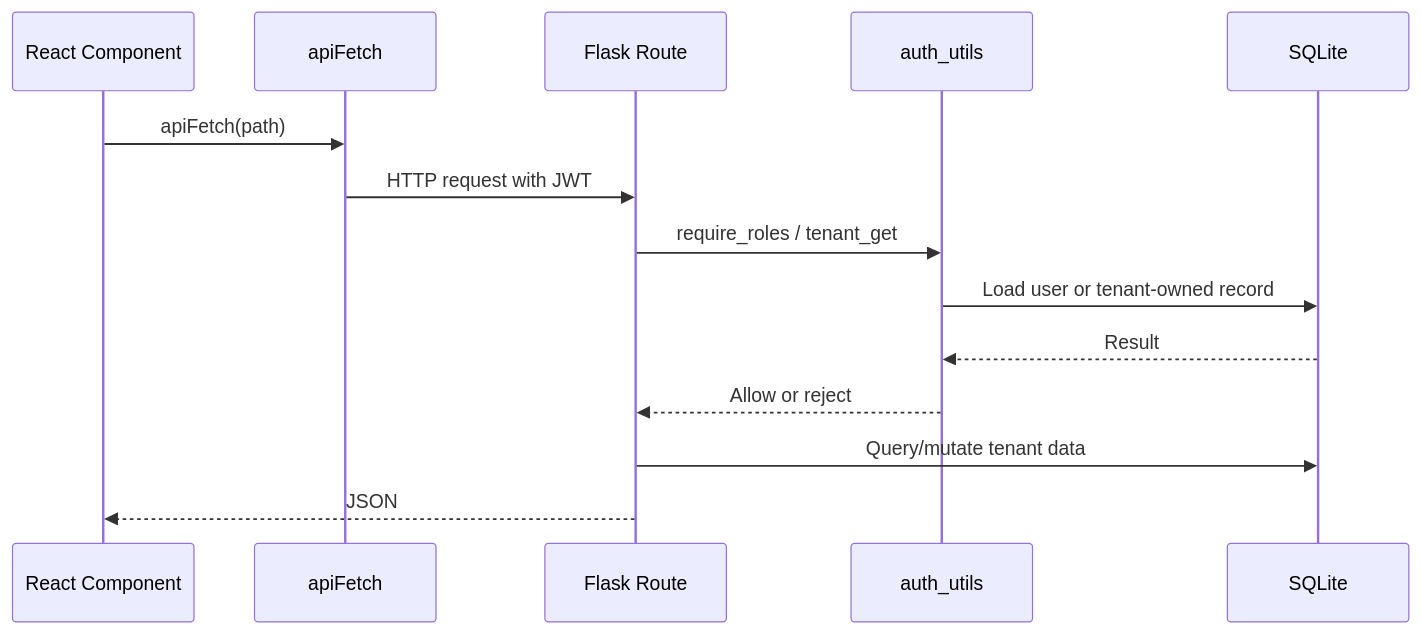
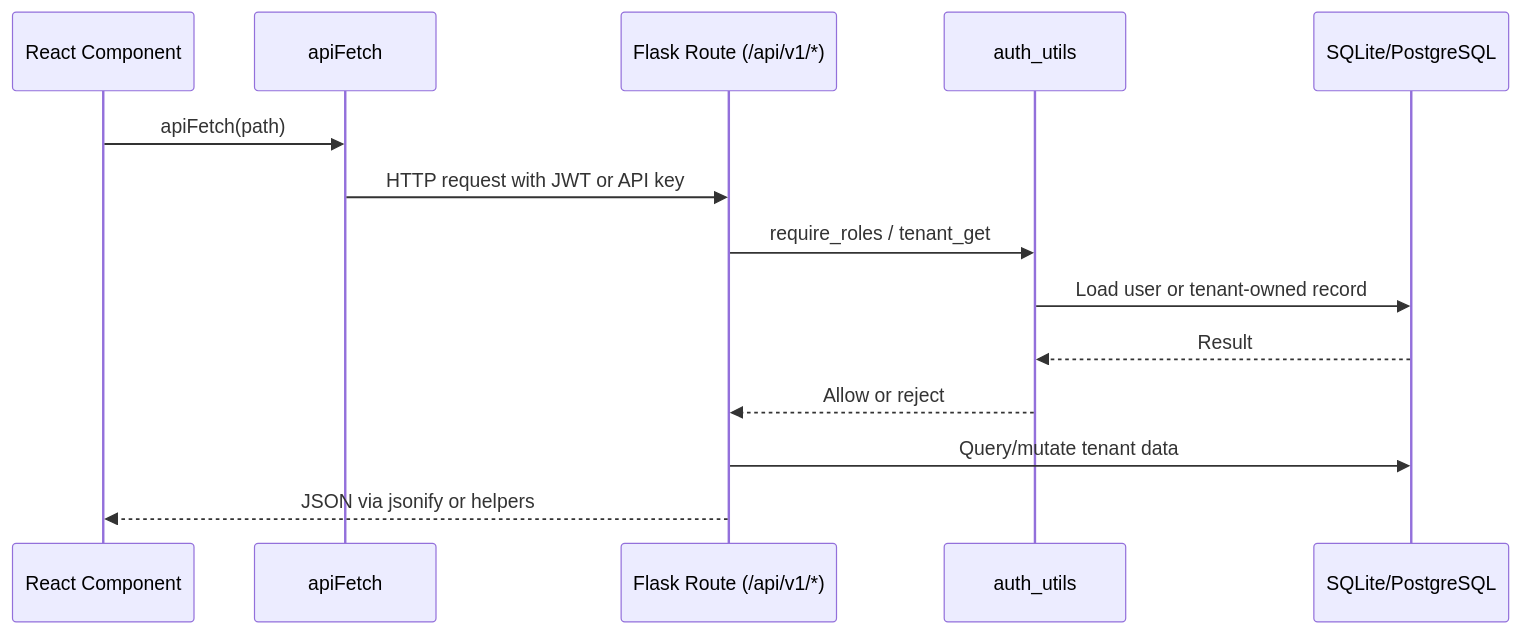
The diagram in docs/api.md (eklavyamathur9/pulse-hms-platform), drawn with Mermaid before and after one commit. The commit also changed other lines of this file and 10 other files, not shown here.

````diff
--- a/docs/api.md
+++ b/docs/api.md
@@ -184,17 +640,17 @@
 ```mermaid
 sequenceDiagram
   participant FE as React Component
   participant API as apiFetch
-  participant Flask as Flask Route
+  participant Flask as Flask Route (/api/v1/*)
   participant Auth as auth_utils
-  participant DB as SQLite
+  participant DB as SQLite/PostgreSQL
 
   FE->>API: apiFetch(path)
-  API->>Flask: HTTP request with JWT
+  API->>Flask: HTTP request with JWT or API key
   Flask->>Auth: require_roles / tenant_get
   Auth->>DB: Load user or tenant-owned record
   DB-->>Auth: Result
   Auth-->>Flask: Allow or reject
   Flask->>DB: Query/mutate tenant data
-  Flask-->>FE: JSON
+  Flask-->>FE: JSON via jsonify or helpers
 ```
````
